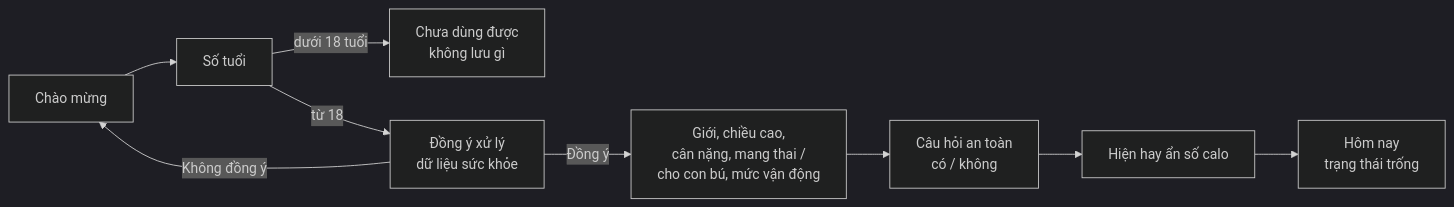
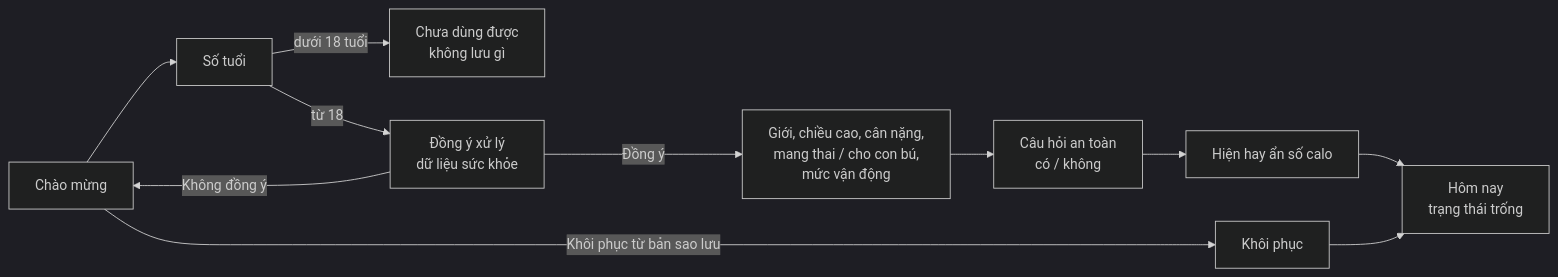
Before and after one commit to anhdt9/wholewell-app: the second of 6 diagrams in docs/design/mvp-overview.md, drawn with Mermaid (dark theme). The commit also changed other lines of this file and 2 other files, not shown here.

First line of the commit message:
Sửa thiết kế UX tổng thể cho khớp engine và nguồn

````diff
--- a/docs/design/mvp-overview.md
+++ b/docs/design/mvp-overview.md
@@ -76,11 +101,12 @@
 ```mermaid
 flowchart LR
   W[Chào mừng] --> A[Số tuổi]
   A -->|dưới 18 tuổi| X[Chưa dùng được<br/>không lưu gì]
   A -->|từ 18| C[Đồng ý xử lý<br/>dữ liệu sức khỏe]
   C -->|Không đồng ý| W
-  C -->|Đồng ý| P[Giới, chiều cao,<br/>cân nặng, mang thai /<br/>cho con bú, mức vận động]
+  C -->|Đồng ý| P[Giới, chiều cao, cân nặng,<br/>mang thai / cho con bú,<br/>mức vận động]
   P --> Q[Câu hỏi an toàn<br/>có / không]
   Q --> K[Hiện hay ẩn số calo]
   K --> H[Hôm nay<br/>trạng thái trống]
+  W -->|Khôi phục từ bản sao lưu| R[Khôi phục] --> H
 ```
````
